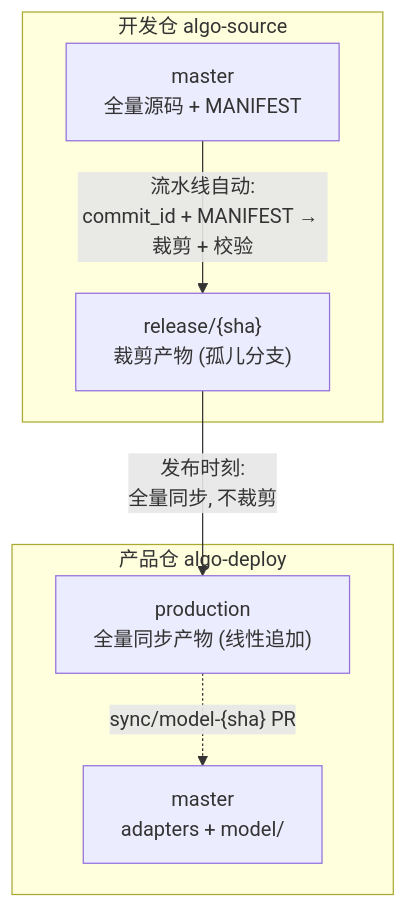
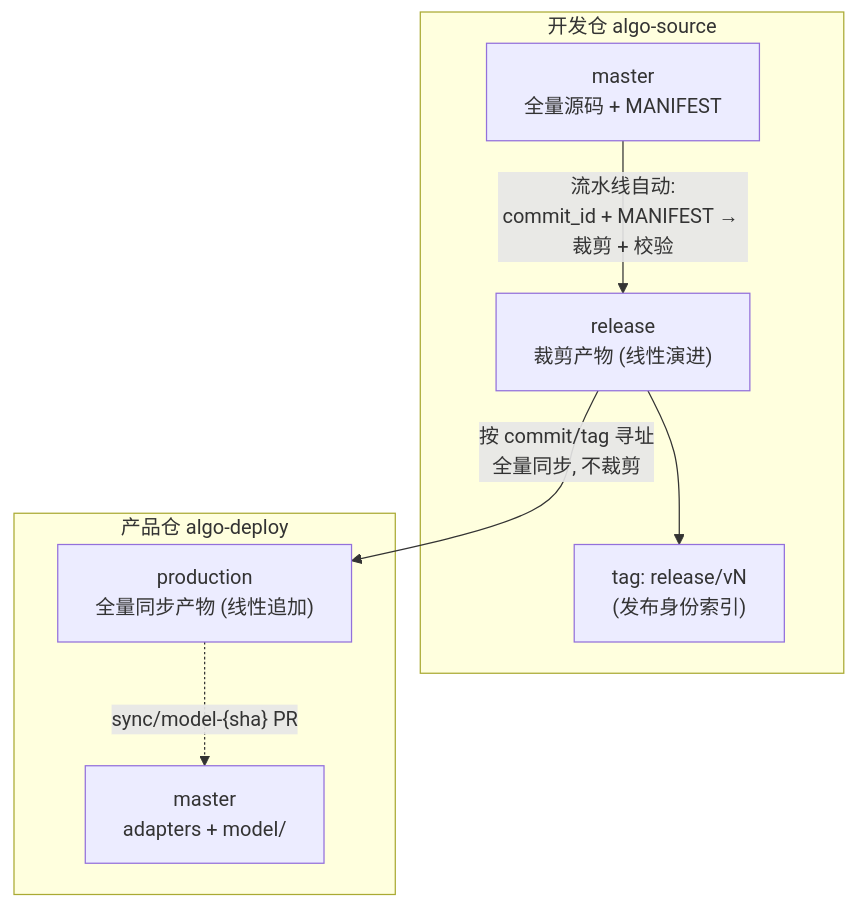
Before and after one commit to Xubenbenn/algo-source: the diagram in docs/release-branch-design.md, drawn with Mermaid. The commit also changed other lines of this file, not shown here.

Commit message:
docs: release 分支方案 v2.0 — 单一分支线性演进 + council 四强制机制

````diff
--- a/docs/release-branch-design.md
+++ b/docs/release-branch-design.md
@@ -11,16 +14,18 @@
 ```mermaid
 graph TB
     subgraph 开发仓["开发仓 algo-source"]
         M["master<br/>全量源码 + MANIFEST"]
-        R["release/{sha}<br/>裁剪产物 (孤儿分支)"]
+        R["release<br/>裁剪产物 (线性演进)"]
+        RT["tag: release/vN<br/>(发布身份索引)"]
     end
 
     subgraph 产品仓["产品仓 algo-deploy"]
         P["production<br/>全量同步产物 (线性追加)"]
         PM["master<br/>adapters + model/"]
     end
 
     M -->|"流水线自动:<br/>commit_id + MANIFEST → 裁剪 + 校验"| R
-    R -->|"发布时刻:<br/>全量同步, 不裁剪"| P
+    R -->|"按 commit/tag 寻址<br/>全量同步, 不裁剪"| P
+    R --> RT
     P -.->|"sync/model-{sha} PR"| PM
 ```
````
